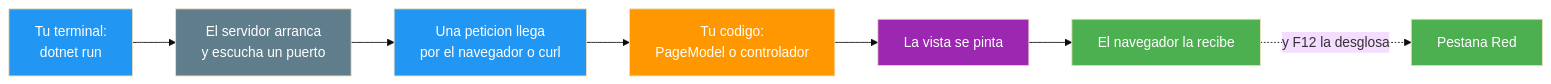
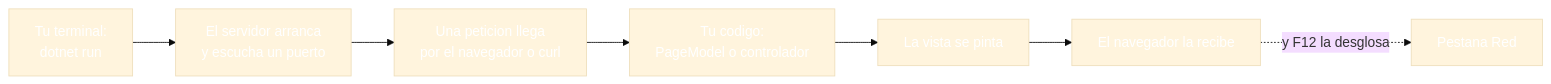
One commit to joseluisgs/DesarrolloWebEntornosServidor-03-2026-2027 changed the first of 6 diagrams in 23-herramientas-debug.md. Above: the diagram before and after it, drawn with Mermaid (base theme). The commit also changed other lines of this file and 30 other files, not shown here.

````diff
--- a/23-herramientas-debug.md
+++ b/23-herramientas-debug.md
@@ -65,16 +65,16 @@
 ```mermaid
 graph LR
     T["Tu terminal:<br/>dotnet run"] --> S["El servidor arranca<br/>y escucha un puerto"]
     S --> P["Una peticion llega<br/>por el navegador o curl"]
     P --> D["Tu codigo:<br/>PageModel o controlador"]
     D --> V["La vista se pinta"]
     V --> N["El navegador la recibe"]
     N -.->|"y F12 la desglosa"| F["Pestana Red"]
-    style T fill:#2196F3,color:#fff
-    style S fill:#607D8B,color:#fff
-    style P fill:#2196F3,color:#fff
-    style D fill:#FF9800,color:#fff
-    style V fill:#9C27B0,color:#fff
-    style N fill:#4CAF50,color:#fff
-    style F fill:#4CAF50,color:#fff
+    style T fill:#2196F,color:#fff3,color:#fff
+    style S fill:#607D8,color:#fffB,color:#fff
+    style P fill:#2196F,color:#fff3,color:#fff
+    style D fill:#FF980,color:#fff0,color:#fff
+    style V fill:#9C27B,color:#fff0,color:#fff
+    style N fill:#4CAF5,color:#fff0,color:#fff
+    style F fill:#4CAF5,color:#fff0,color:#fff
 ```
````
